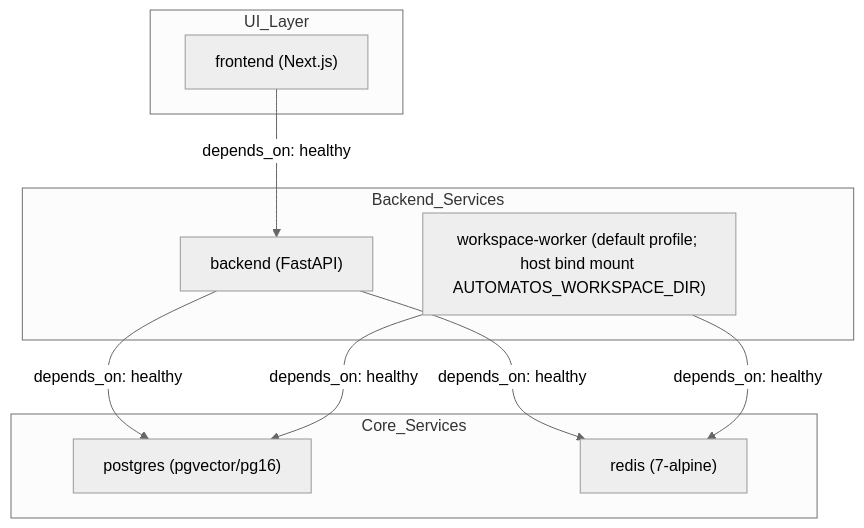
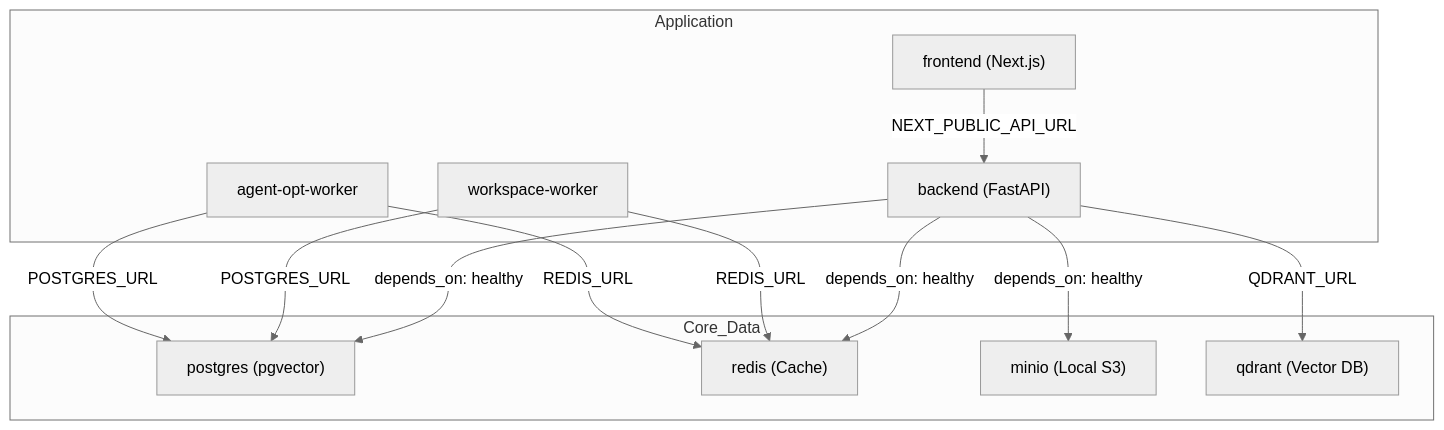
Before and after one commit to AutomatosAI/automatos-ai: the second of 2 diagrams in docs/deployment-infrastructure/docker-containerization.md, drawn with Mermaid (neutral theme). The commit also changed other lines of this file and 191 other files, not shown here.

````diff
--- a/docs/deployment-infrastructure/docker-containerization.md
+++ b/docs/deployment-infrastructure/docker-containerization.md
@@ -135,22 +136,26 @@
 ```mermaid
 graph TD
-    subgraph "Core_Services"
-        PG["postgres (pgvector/pg16)"]
-        RD["redis (7-alpine)"]
+    subgraph "Core_Data"
+        PG["postgres (pgvector)"]
+        RD["redis (Cache)"]
+        MIN["minio (Local S3)"]
+        QDRANT["qdrant (Vector DB)"]
     end
 
-    subgraph "Backend_Services"
+    subgraph "Application"
         BACK["backend (FastAPI)"]
-        WSW["workspace-worker (default profile; host bind mount AUTOMATOS_WORKSPACE_DIR)"]
-    end
-
-    subgraph "UI_Layer"
         FRONT["frontend (Next.js)"]
+        WS_WORKER["workspace-worker"]
+        A_OPT_WORKER["agent-opt-worker"]
     end
 
     BACK -- "depends_on: healthy" --> PG
     BACK -- "depends_on: healthy" --> RD
-    WSW -- "depends_on: healthy" --> RD
-    WSW -- "depends_on: healthy" --> PG
-    FRONT -- "depends_on: healthy" --> BACK
+    BACK -- "depends_on: healthy" --> MIN
+    BACK -- "QDRANT_URL" --> QDRANT
+    FRONT -- "NEXT_PUBLIC_API_URL" --> BACK
+    WS_WORKER -- "REDIS_URL" --> RD
+    WS_WORKER -- "POSTGRES_URL" --> PG
+    A_OPT_WORKER -- "REDIS_URL" --> RD
+    A_OPT_WORKER -- "POSTGRES_URL" --> PG
 ```
````
